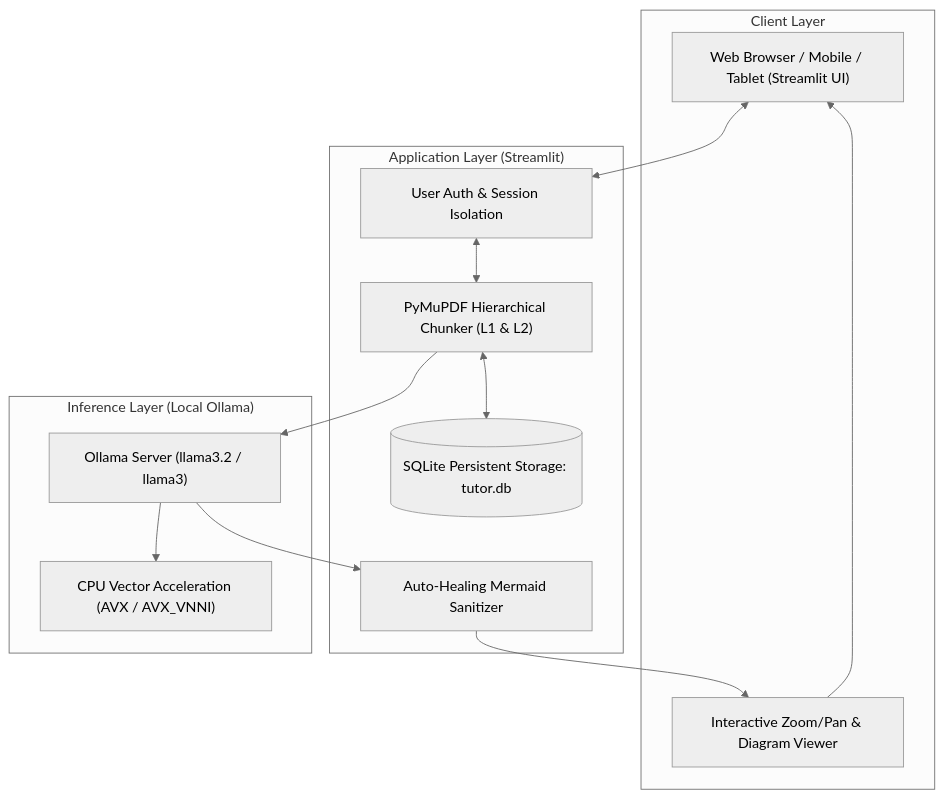
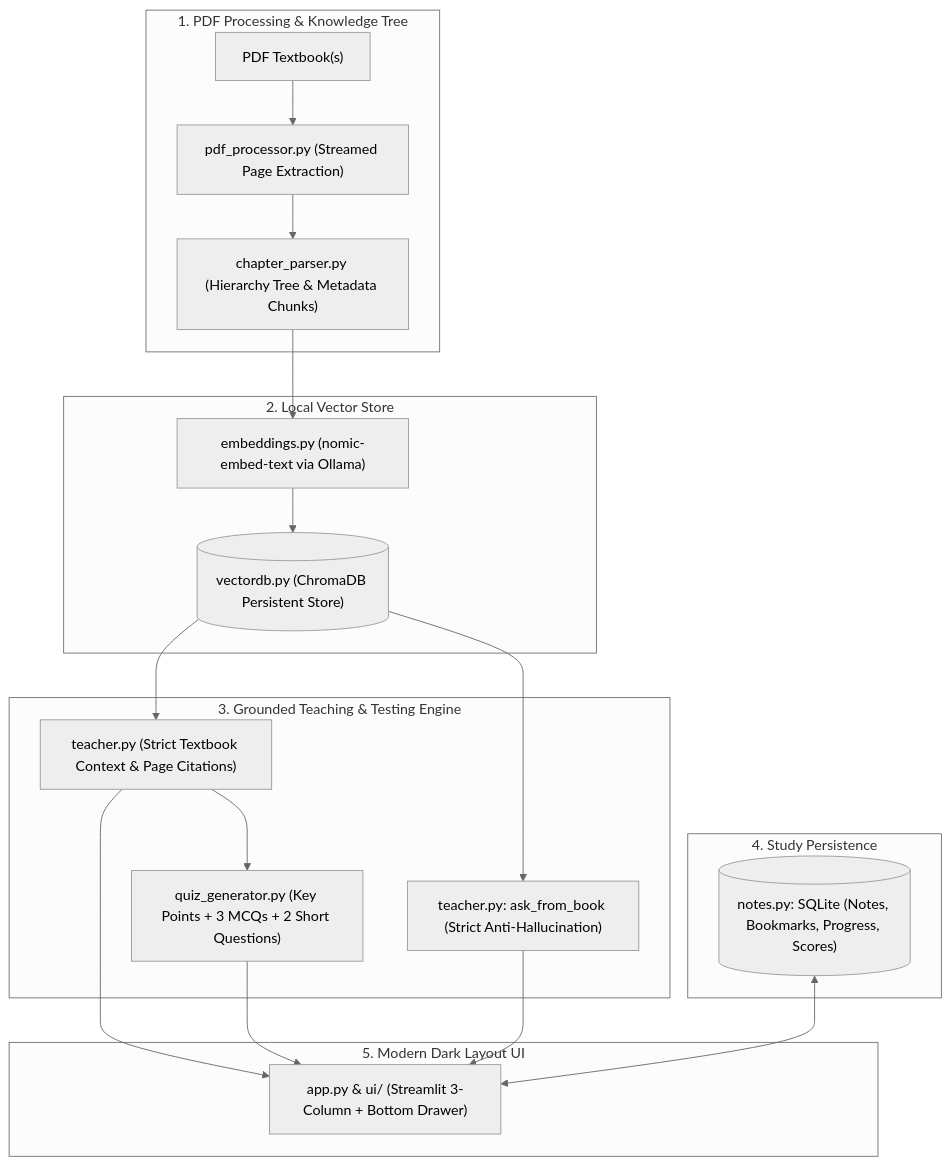
One commit to Prasannav-105/pdf_reader_ai changed the diagram in README.md. Above: the diagram before and after it, drawn with Mermaid (neutral theme). The commit also changed other lines of this file and 19 other files, not shown here.

Commit message:
feat: Modular AI Textbook Reader with ChromaDB, nomic-embed-text, strict anti-hallucination, and study suite

````diff
--- a/README.md
+++ b/README.md
@@ -30,28 +44,31 @@
 ```mermaid
 flowchart TD
-    subgraph Client ["Client Layer"]
-        Browser["Web Browser / Mobile / Tablet (Streamlit UI)"]
-        Toolbar["Interactive Zoom/Pan & Diagram Viewer"]
+    subgraph Ingestion ["1. PDF Processing & Knowledge Tree"]
+        PDF["PDF Textbook(s)"] --> PyMuPDF["pdf_processor.py (Streamed Page Extraction)"]
+        PyMuPDF --> Parser["chapter_parser.py (Hierarchy Tree & Metadata Chunks)"]
     end
 
-    subgraph AppServer ["Application Layer (Streamlit)"]
-        Auth["User Auth & Session Isolation"]
-        PDFParser["PyMuPDF Hierarchical Chunker (L1 & L2)"]
-        Sanitizer["Auto-Healing Mermaid Sanitizer"]
-        DB[("SQLite Persistent Storage: tutor.db")]
+    subgraph VectorEngine ["2. Local Vector Store"]
+        Parser --> Embed["embeddings.py (nomic-embed-text via Ollama)"]
+        Embed --> Chroma[("vectordb.py (ChromaDB Persistent Store)")]
     end
 
-    subgraph AIInference ["Inference Layer (Local Ollama)"]
-        OllamaEngine["Ollama Server (llama3.2 / llama3)"]
-        AVXEngine["CPU Vector Acceleration (AVX / AVX_VNNI)"]
+    subgraph Pedagogy ["3. Grounded Teaching & Testing Engine"]
+        Chroma --> Teacher["teacher.py (Strict Textbook Context & Page Citations)"]
+        Teacher --> Quiz["quiz_generator.py (Key Points + 3 MCQs + 2 Short Questions)"]
+        Chroma --> AskBook["teacher.py: ask_from_book (Strict Anti-Hallucination)"]
     end
 
-    Browser <--> Auth
-    Auth <--> PDFParser
-    PDFParser <--> DB
-    PDFParser --> OllamaEngine
-    OllamaEngine --> AVXEngine
-    OllamaEngine --> Sanitizer
-    Sanitizer --> Toolbar
-    Toolbar --> Browser
+    subgraph Storage ["4. Study Persistence"]
+        DB[("notes.py: SQLite (Notes, Bookmarks, Progress, Scores)")]
+    end
+
+    subgraph Presentation ["5. Modern Dark Layout UI"]
+        UI["app.py & ui/ (Streamlit 3-Column + Bottom Drawer)"]
+    end
+
+    Teacher --> UI
+    Quiz --> UI
+    AskBook --> UI
+    DB <--> UI
 ```
````
